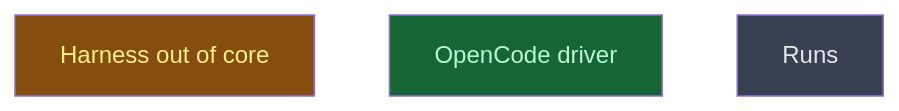
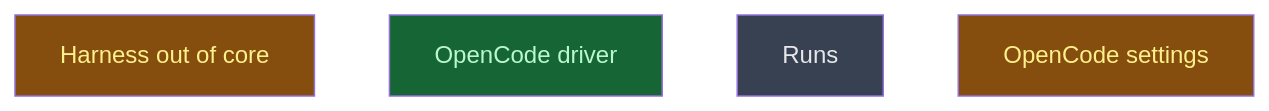
One commit to CrackingShells/Candler changed the diagram in __roadmap__/m4-session-runner/traits/core/README.md. Above: the diagram before and after it, drawn with Mermaid. The commit also changed other lines of this file and 3 other files, not shown here.

First line of the commit message:
rdm(adapter-opencode): add opencode_settings and amend wiring (a2)

````diff
--- a/__roadmap__/m4-session-runner/traits/core/README.md
+++ b/__roadmap__/m4-session-runner/traits/core/README.md
@@ -19,11 +19,12 @@
 ```mermaid
 graph TD
     harness_out_of_core[Harness out of core]:::inprogress
     opencode_driver[OpenCode driver]:::done
     runs[Runs]:::planned
+    opencode_settings[OpenCode settings]:::inprogress
     classDef done       fill:#166534,color:#bbf7d0
     classDef inprogress fill:#854d0e,color:#fef08a
     classDef planned    fill:#374151,color:#e5e7eb
     classDef amendment  fill:#1e3a5f,color:#bfdbfe
     classDef blocked    fill:#7f1d1d,color:#fecaca
 ```
````
